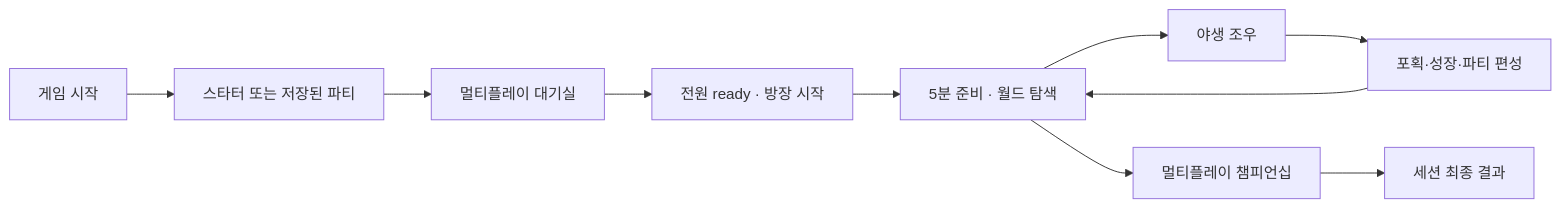
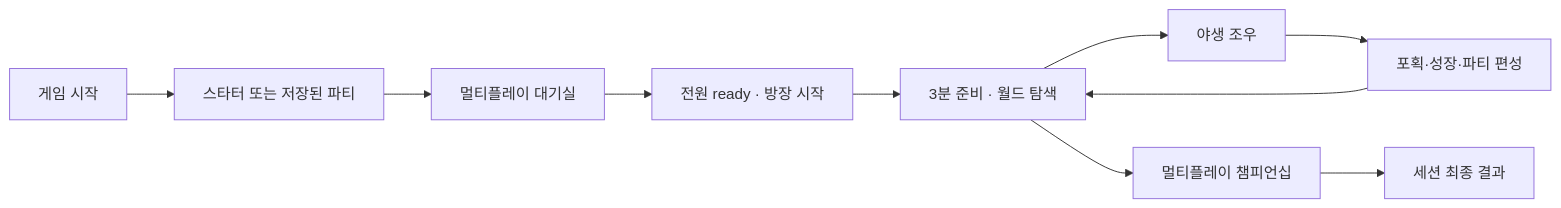
Before and after one commit to icecokel/VSCoke: the first of 2 diagrams in docs/poke-lounge-game-concept.md, drawn with Mermaid. The commit also changed other lines of this file and 15 other files, not shown here.

````diff
--- a/docs/poke-lounge-game-concept.md
+++ b/docs/poke-lounge-game-concept.md
@@ -34,12 +34,12 @@
 ```mermaid
 flowchart LR
   Entry["게임 시작"] --> Starter["스타터 또는 저장된 파티"]
   Starter --> Lobby["멀티플레이 대기실"]
   Lobby --> Ready["전원 ready · 방장 시작"]
-  Ready --> World["5분 준비 · 월드 탐색"]
+  Ready --> World["3분 준비 · 월드 탐색"]
   World --> Encounter["야생 조우"]
   Encounter --> Growth["포획·성장·파티 편성"]
   Growth --> World
   World --> Championship["멀티플레이 챔피언십"]
   Championship --> Result["세션 최종 결과"]
 ```
````
